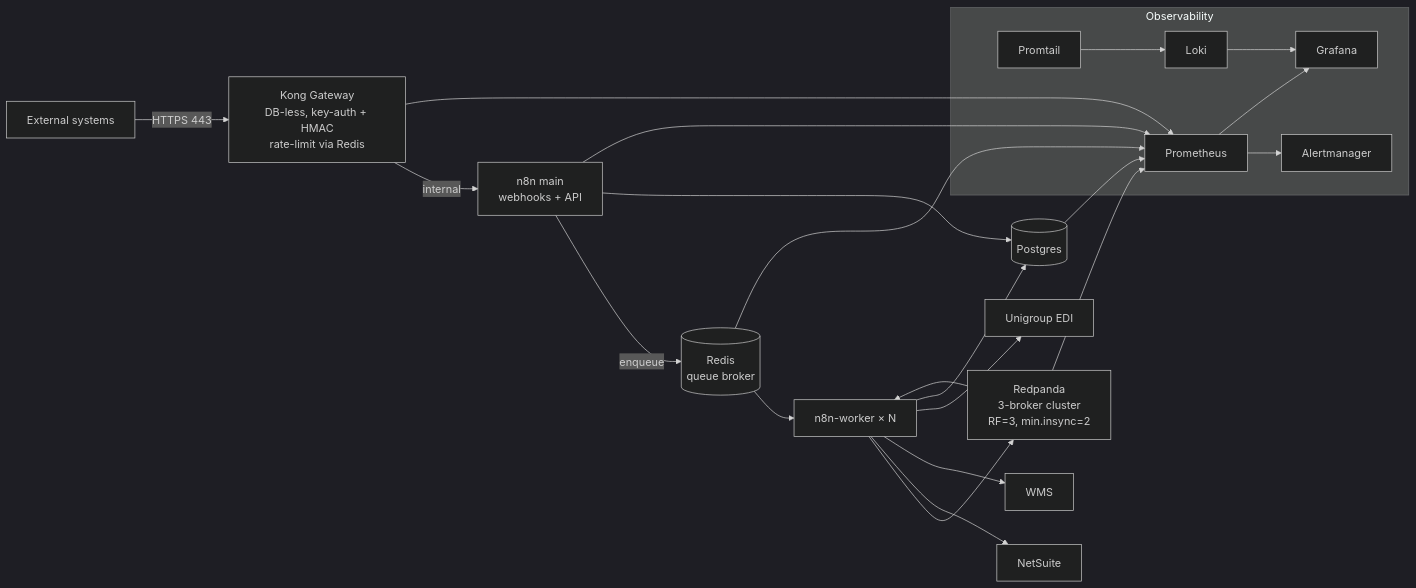
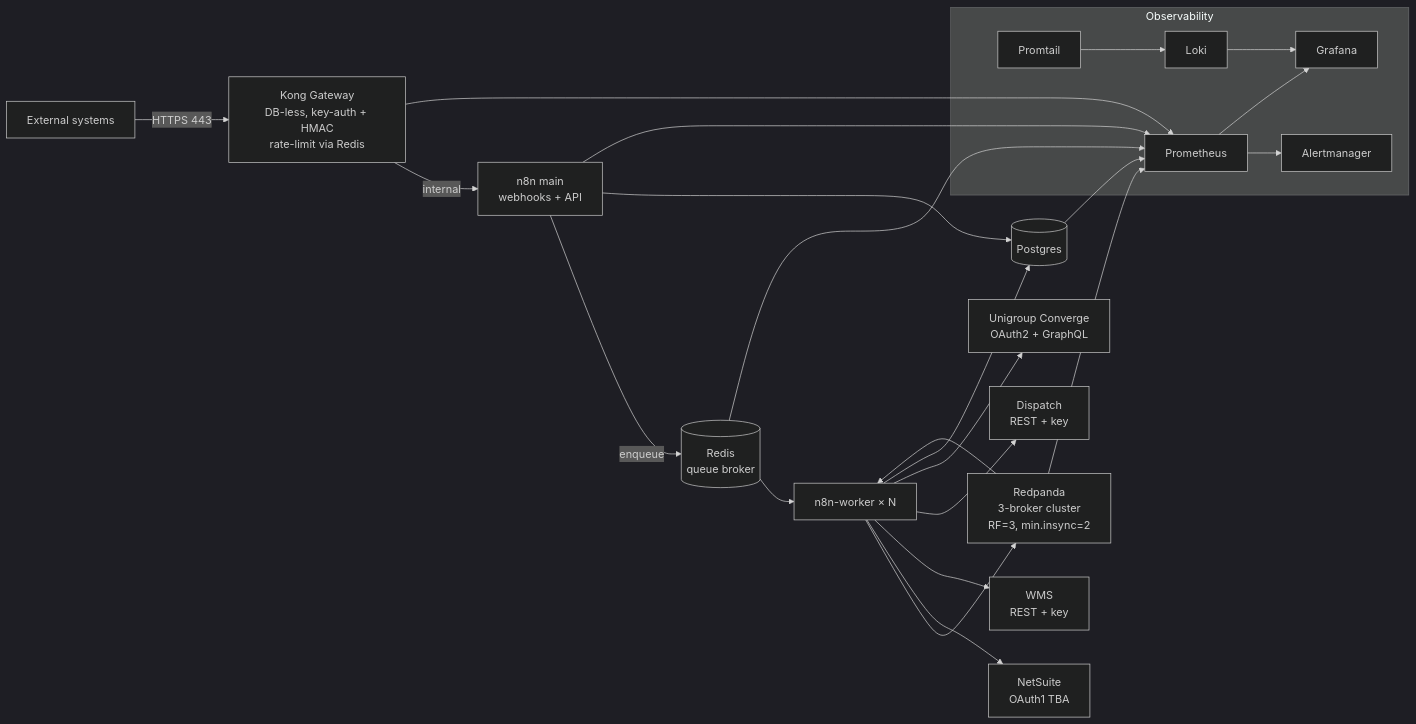
One commit to ciscosanchez/gateway changed the diagram in README.md. Above: the diagram before and after it, drawn with Mermaid (dark theme). The commit also changed other lines of this file and 5 other files, not shown here.

````diff
--- a/README.md
+++ b/README.md
@@ -33,26 +35,27 @@
 ```mermaid
 graph LR
   EXT[External systems] -->|HTTPS 443| KONG[Kong Gateway<br/>DB-less, key-auth + HMAC<br/>rate-limit via Redis]
   KONG -->|internal| N8N[n8n main<br/>webhooks + API]
   N8N -->|enqueue| REDIS[(Redis<br/>queue broker)]
   REDIS --> WORK[n8n-worker × N]
   WORK --> RP[Redpanda<br/>3-broker cluster<br/>RF=3, min.insync=2]
   RP --> WORK
-  WORK --> NS[NetSuite]
-  WORK --> WMS[WMS]
-  WORK --> EDI[Unigroup EDI]
+  WORK --> NS[NetSuite<br/>OAuth1 TBA]
+  WORK --> WMS[WMS<br/>REST + key]
+  WORK --> DISP[Dispatch<br/>REST + key]
+  WORK --> UG[Unigroup Converge<br/>OAuth2 + GraphQL]
   N8N --> PG[(Postgres)]
   WORK --> PG
 
   subgraph Observability
     PROM[Prometheus] --> AM[Alertmanager]
     PROM --> GRAF[Grafana]
     LOKI[Loki] --> GRAF
     PROMTAIL[Promtail] --> LOKI
   end
   KONG --> PROM
   N8N --> PROM
   RP --> PROM
   PG --> PROM
   REDIS --> PROM
 ```
````
